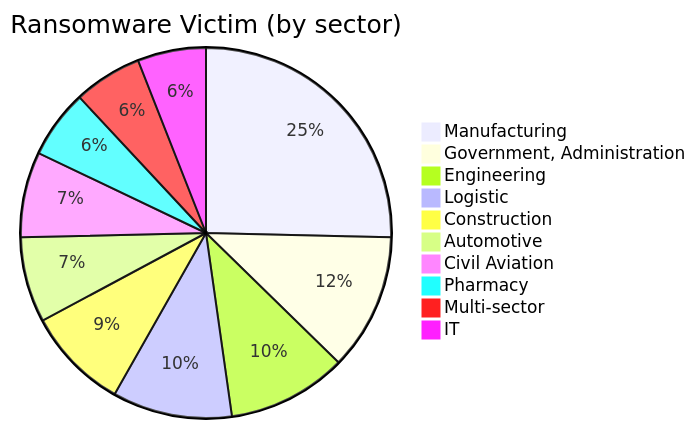
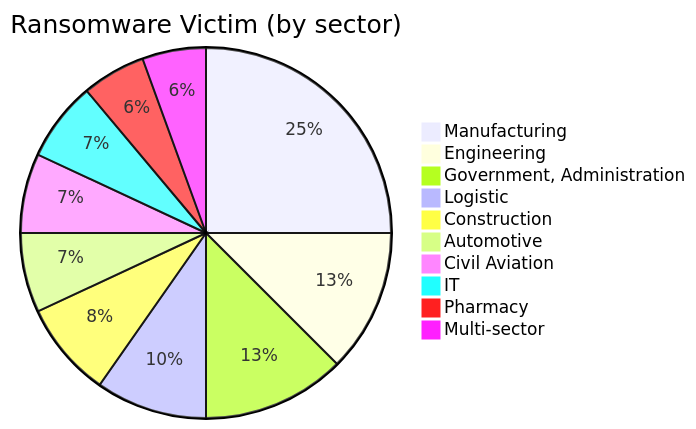
The third of 3 diagrams in content/MY Threat Landscape/ransomware.md (rectifyq/site), drawn with Mermaid before and after one commit. The commit also changed other lines of this file and 1 other file, not shown here.

````diff
--- a/content/MY Threat Landscape/ransomware.md
+++ b/content/MY Threat Landscape/ransomware.md
@@ -159,13 +167,14 @@
 ```mermaid
 pie title Ransomware Victim (by sector)
-    "Manufacturing" : 17
-    "Government, Administration" : 8
-    "Engineering" : 7
+    "Manufacturing" : 18
+    "Engineering" : 9
+    "Government, Administration" : 9
     "Logistic" : 7
     "Construction" : 6
     "Automotive" : 5
     "Civil Aviation" : 5
+     "IT" : 5
     "Pharmacy" : 4
     "Multi-sector" : 4
-    "IT" : 4
+
 ```
````
